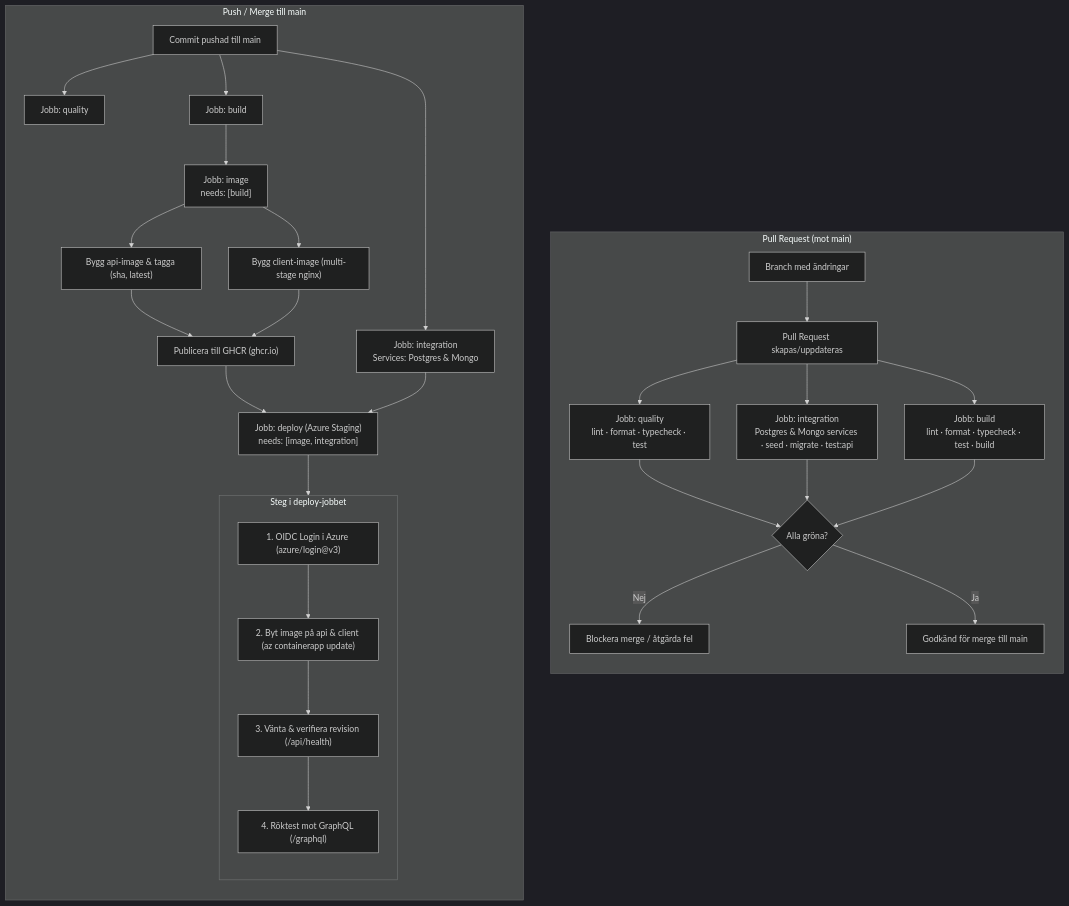
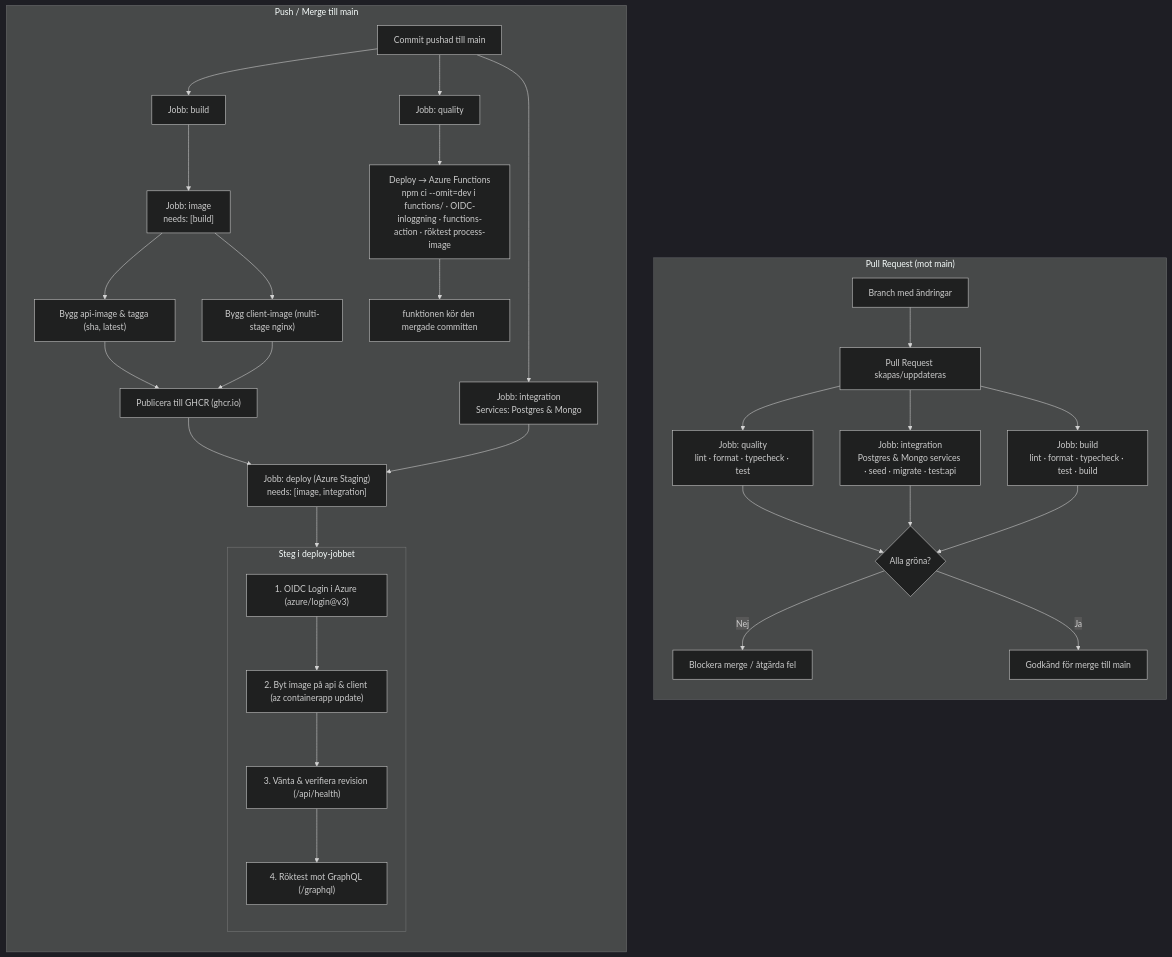
Before and after one commit to Snudde/utpost: the diagram in docs/pipeline.md, drawn with Mermaid (dark theme). The commit also changed other lines of this file and 3 other files, not shown here.

Commit message:
updated documentation of azure function and created deploy-function inside pipeline

````diff
--- a/docs/pipeline.md
+++ b/docs/pipeline.md
@@ -7,39 +7,42 @@
 ```mermaid
 flowchart TD
   subgraph PR ["Pull Request (mot main)"]
     direction TB
     PR_B[Branch med ändringar] --> PR_TRIGGER[Pull Request skapas/uppdateras]
     PR_TRIGGER --> J_QUAL_PR["Jobb: quality<br/>lint · format · typecheck · test"]
     PR_TRIGGER --> J_INT_PR["Jobb: integration<br/>Postgres & Mongo services · seed · migrate · test:api"]
     PR_TRIGGER --> J_BUILD_PR["Jobb: build<br/>lint · format · typecheck · test · build"]
     J_QUAL_PR --> PR_CHECK{Alla gröna?}
     J_INT_PR --> PR_CHECK
     J_BUILD_PR --> PR_CHECK
     PR_CHECK -->|Nej| PR_FAIL[Blockera merge / åtgärda fel]
     PR_CHECK -->|Ja| PR_MERGE[Godkänd för merge till main]
   end
 
   subgraph MAIN ["Push / Merge till main"]
     direction TB
     M_PUSH[Commit pushad till main] --> J_QUAL["Jobb: quality"]
     M_PUSH --> J_INT["Jobb: integration<br/>Services: Postgres & Mongo"]
     M_PUSH --> J_BUILD["Jobb: build"]
     
     J_BUILD --> J_IMG["Jobb: image<br/>needs: [build]"]
     J_IMG --> IMG_API["Bygg api-image & tagga (sha, latest)"]
     J_IMG --> IMG_CLIENT["Bygg client-image (multi-stage nginx)"]
     IMG_API --> PUB_GHCR["Publicera till GHCR (ghcr.io)"]
     IMG_CLIENT --> PUB_GHCR
 
     PUB_GHCR --> J_DEP["Jobb: deploy (Azure Staging)<br/>needs: [image, integration]"]
     J_INT --> J_DEP
 
     subgraph DEPLOY_STEPS ["Steg i deploy-jobbet"]
       direction TB
       D_LOGIN["1. OIDC Login i Azure (azure/login@v3)"] --> D_UPDATE["2. Byt image på api & client (az containerapp update)"]
       D_UPDATE --> D_WAIT["3. Vänta & verifiera revision (/api/health)"]
       D_WAIT --> D_SMOKE["4. Röktest mot GraphQL (/graphql)"]
     end
     J_DEP --> DEPLOY_STEPS
+
+    J_QUAL --> DF["Deploy → Azure Functions<br/>npm ci --omit=dev i functions/ · OIDC-inloggning · functions-action · röktest process-image"]
+    DF --> FN["funktionen kör den mergade committen"]
   end
 ```
````
